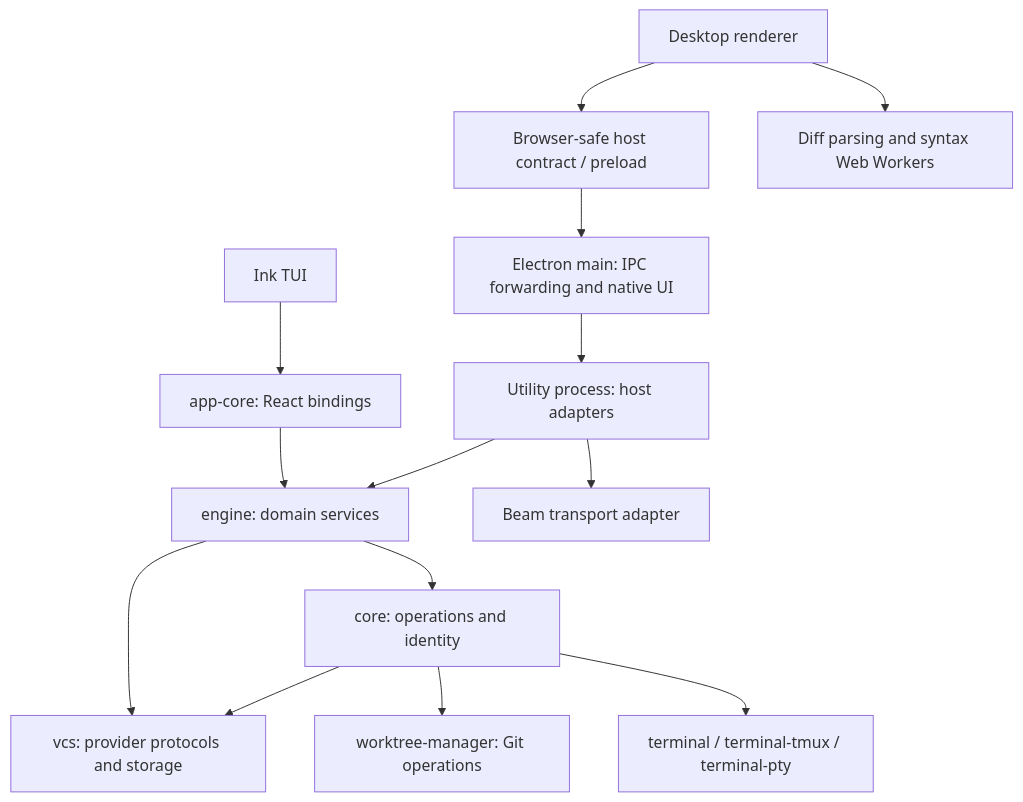
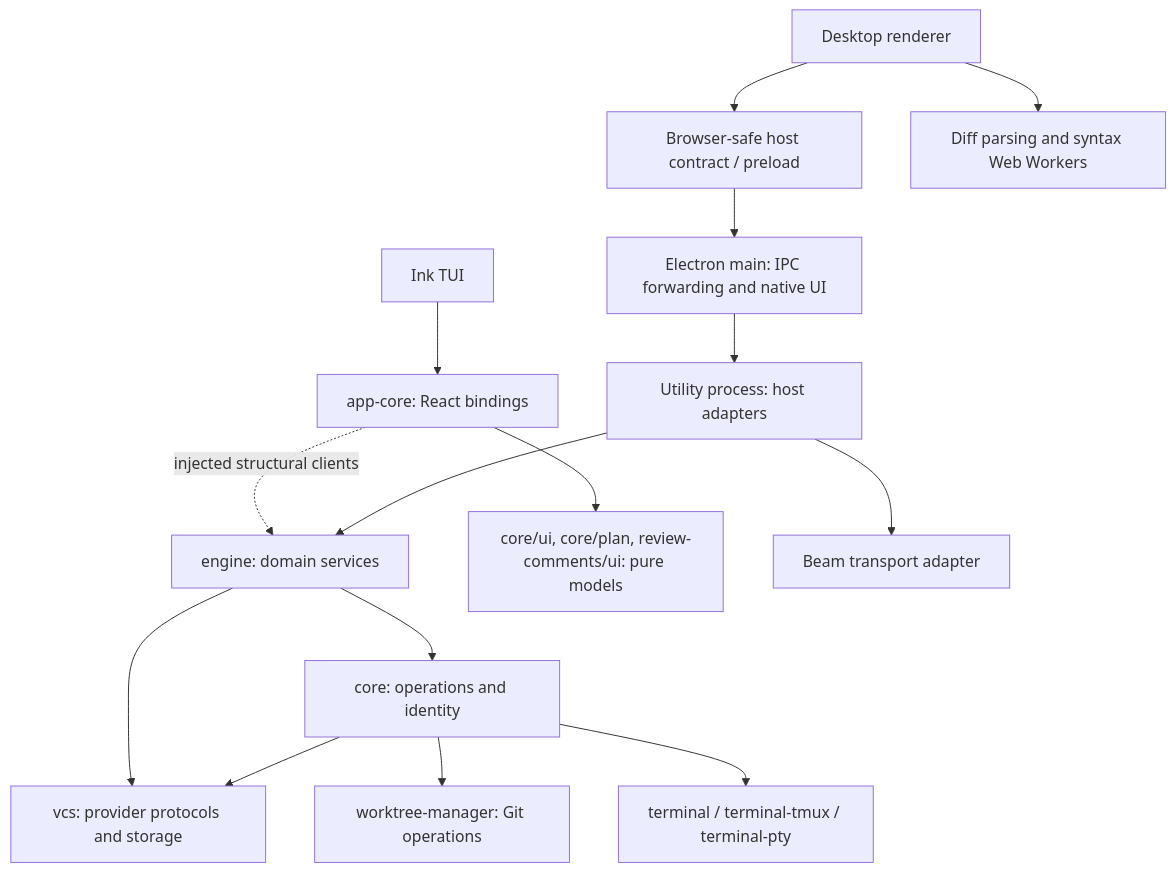
Before and after one commit to notaharness/n10: the diagram in docs/design/engine-domains.md, drawn with Mermaid. The commit also changed other lines of this file and 76 other files, not shown here.

Commit message:
refactor(engine): enforce domain and browser boundaries

````diff
--- a/docs/design/engine-domains.md
+++ b/docs/design/engine-domains.md
@@ -15,16 +15,17 @@
 ```mermaid
 flowchart TB
   CLI[Ink TUI] --> React[app-core: React bindings]
   Renderer[Desktop renderer] --> Bridge[Browser-safe host contract / preload]
   Bridge --> Main[Electron main: IPC forwarding and native UI]
   Main --> Host[Utility process: host adapters]
-  React --> Engine[engine: domain services]
+  React -. injected structural clients .-> Engine[engine: domain services]
+  React --> Pure[core/ui, core/plan, review-comments/ui: pure models]
   Host --> Engine
   Engine --> Providers
   Engine --> Core[core: operations and identity]
   Core --> Providers[vcs: provider protocols and storage]
   Core --> Git[worktree-manager: Git operations]
   Core --> Terminal[terminal / terminal-tmux / terminal-pty]
   Renderer --> WebWorkers[Diff parsing and syntax Web Workers]
   Host --> Beam[Beam transport adapter]
 ```
````
